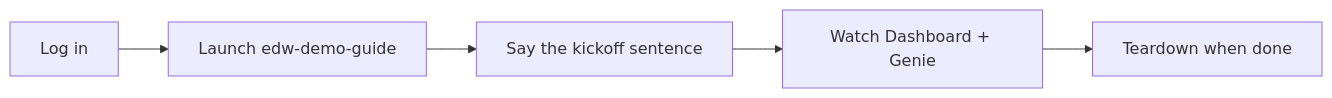
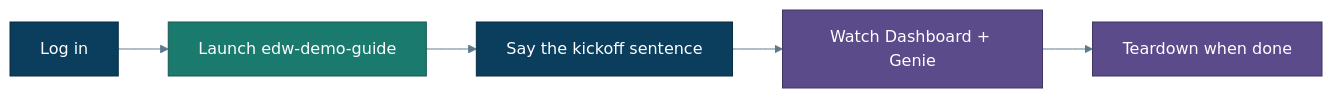
The first of 2 diagrams in docs/guided-demo.md (Jericho2010/edwmigration), drawn with Mermaid before and after one commit. The commit also changed other lines of this file and 25 other files, not shown here.

First line of the commit message:
Add enterprise SoD docs, themed diagrams, glossary, and Cursor UI guide.

````diff
--- a/docs/guided-demo.md
+++ b/docs/guided-demo.md
@@ -7,7 +7,14 @@
 ```mermaid
+%%{init: {"theme":"base","themeVariables":{"primaryColor":"#E8F1F8","primaryTextColor":"#0B3D5C","primaryBorderColor":"#0B3D5C","lineColor":"#5B7A8C","secondaryColor":"#E6F4F1","tertiaryColor":"#F7F3EA","background":"#FFFFFF","mainBkg":"#E8F1F8","clusterBkg":"#F7FAFC","clusterBorder":"#5B7A8C","titleColor":"#0B3D5C","edgeLabelBackground":"#FFFFFF"}}}%%
 flowchart LR
   L[Log in] --> G[Launch edw-demo-guide]
   G --> S[Say the kickoff sentence]
   S --> W[Watch Dashboard + Genie]
   W --> T[Teardown when done]
+  classDef user fill:#0B3D5C,stroke:#082C43,color:#fff
+  classDef agent fill:#1B7A6E,stroke:#145A51,color:#fff
+  classDef ops fill:#5B4B8A,stroke:#3F3460,color:#fff
+  class L,S user
+  class G agent
+  class W,T ops
 ```
````
